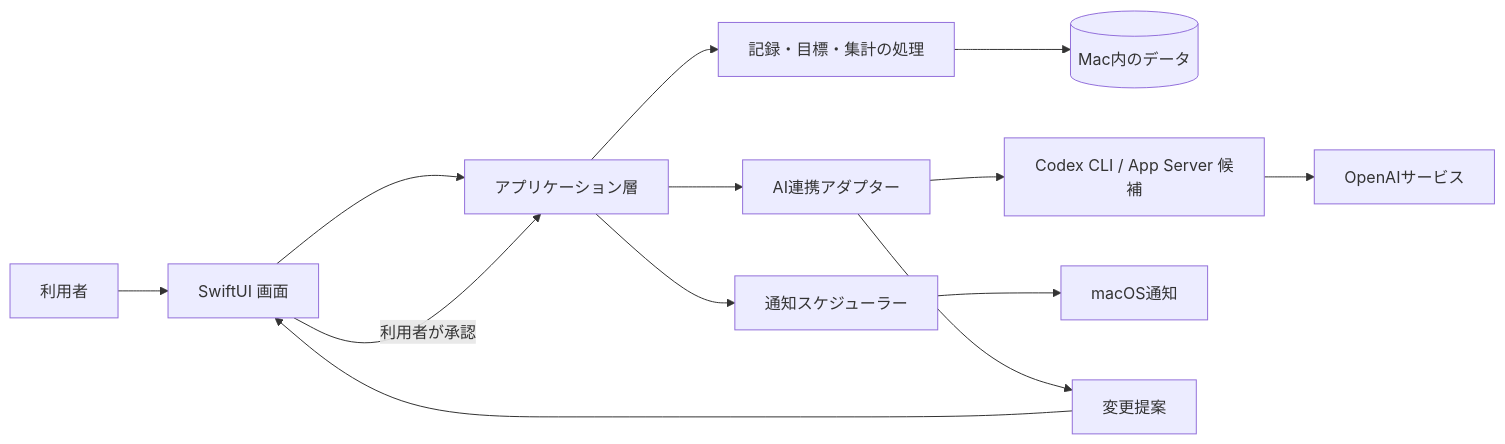
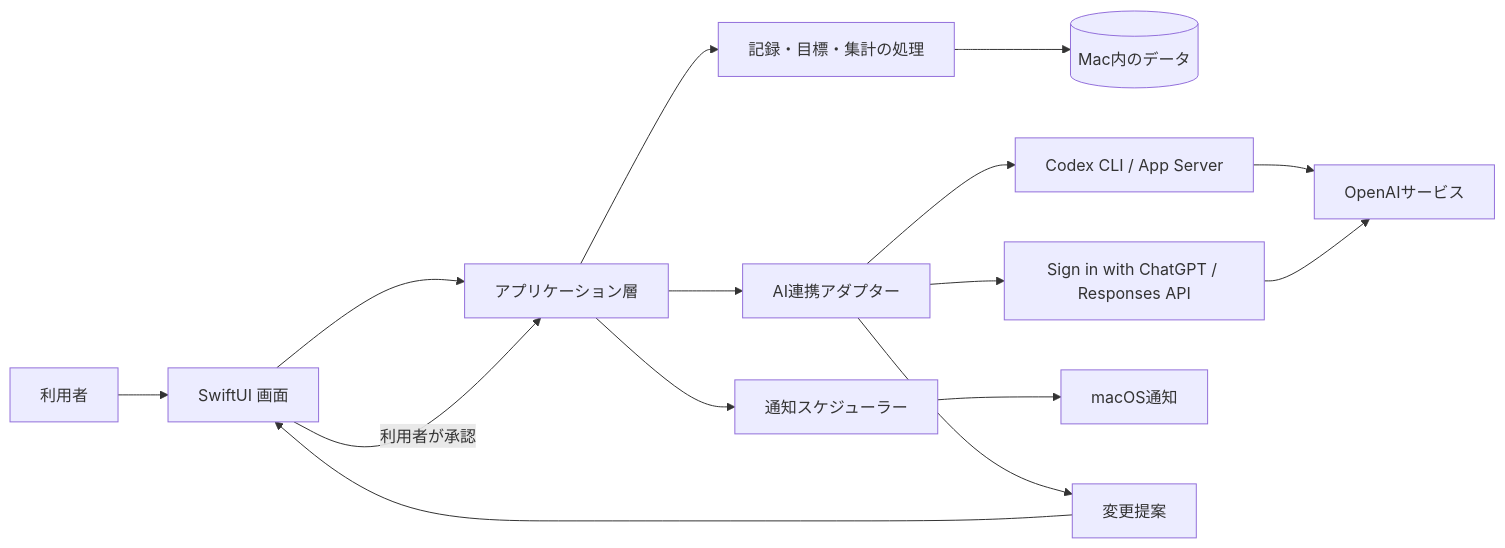
Before and after one commit to iorinu/Melete: the first of 2 diagrams in docs/design-doc.md, drawn with Mermaid. The commit also changed other lines of this file, not shown here.

````diff
--- a/docs/design-doc.md
+++ b/docs/design-doc.md
@@ -72,15 +73,17 @@
 ```mermaid
 flowchart LR
     U[利用者] --> UI[SwiftUI 画面]
     UI --> APP[アプリケーション層]
     APP --> DOMAIN[記録・目標・集計の処理]
     DOMAIN --> STORE[(Mac内のデータ)]
     APP --> AI[AI連携アダプター]
-    AI --> CODEX[Codex CLI / App Server 候補]
+    AI --> CODEX[Codex CLI / App Server]
+    AI --> DIRECT[Sign in with ChatGPT / Responses API]
     CODEX --> OPENAI[OpenAIサービス]
+    DIRECT --> OPENAI
     APP --> NOTIFY[通知スケジューラー]
     NOTIFY --> MAC[macOS通知]
     AI --> PROPOSAL[変更提案]
     PROPOSAL --> UI
     UI -->|利用者が承認| APP
 ```
````
